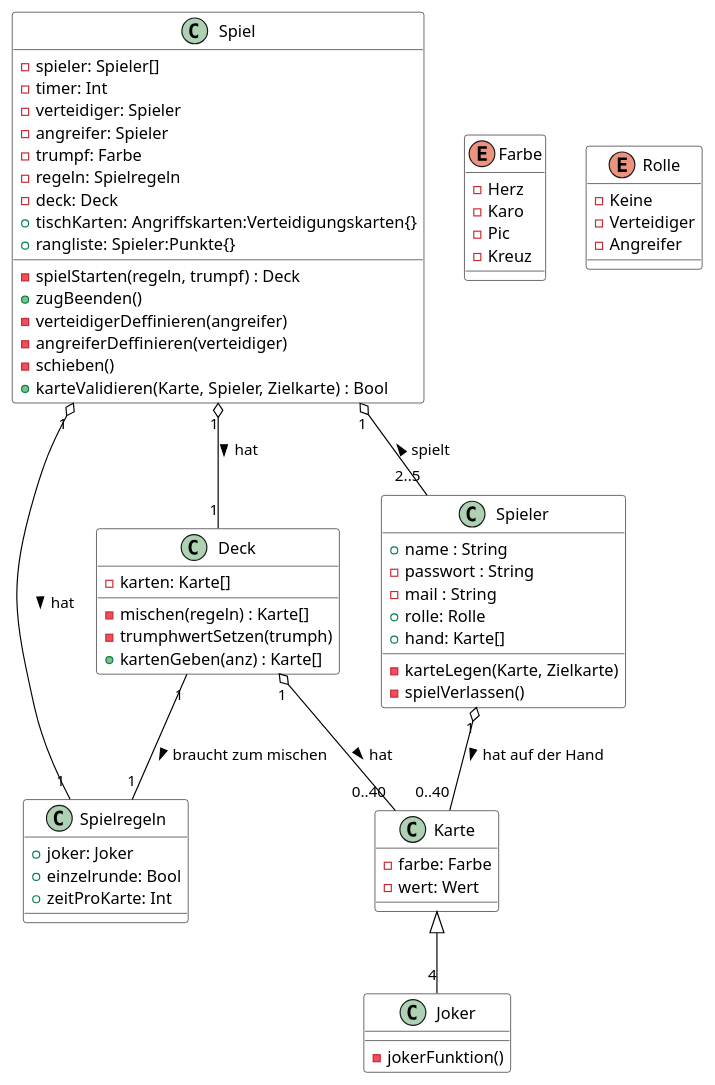
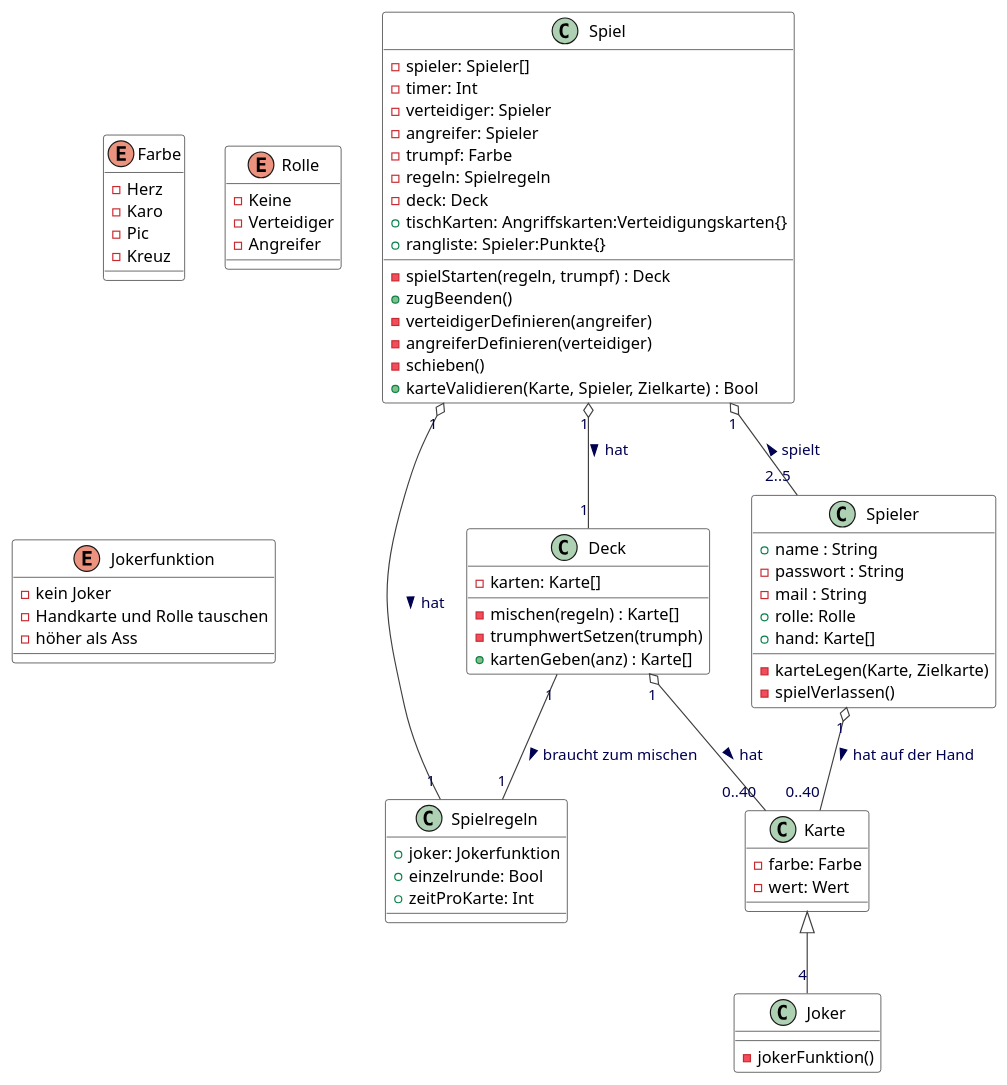
The diagram in Klassendiagramm/Klassendiagramm_Spiel.puml (DerLurchi/Durak), drawn with PlantUML before and after one commit. The commit also changed 5 other files, not shown here.

```diff
--- a/Klassendiagramm/Klassendiagramm_Spiel.puml
+++ b/Klassendiagramm/Klassendiagramm_Spiel.puml
@@ -1,96 +1,104 @@
 @startuml Durak Spiel
 
 skinparam{
     ClassBackgroundColor white
     ClassBorderColor black
 
     'ClassAttributeIconSize 0
 
-    ArrowColor black
+    ArrowColor #404040
+    ArrowFontColor #000050
 
     Shadowing false
 
 }
 
 class Spiel {
     -spieler: Spieler[]
     -timer: Int
     -verteidiger: Spieler
     -angreifer: Spieler
     -trumpf: Farbe
     -regeln: Spielregeln
     -deck: Deck
     +tischKarten: Angriffskarten:Verteidigungskarten{}
     +rangliste: Spieler:Punkte{}
 
     -spielStarten(regeln, trumpf) : Deck
     + zugBeenden()
-    -verteidigerDeffinieren(angreifer)
-    -angreiferDeffinieren(verteidiger)
+    -verteidigerDefinieren(angreifer)
+    -angreiferDefinieren(verteidiger)
     -schieben()
     +karteValidieren(Karte, Spieler, Zielkarte) : Bool
 }
 
 class Spielregeln {
-    + joker: Joker
+    + joker: Jokerfunktion
     + einzelrunde: Bool
     + zeitProKarte: Int
 }
 
 class Spieler {
     +name : String
     -passwort : String
     -mail : String
     +rolle: Rolle
     +hand: Karte[]
 
     -karteLegen(Karte, Zielkarte)
     -spielVerlassen()
 }
 
 class Karte {
     -farbe: Farbe
     -wert: Wert
 }
 
 class Joker {
     -jokerFunktion()
 }
 
 class Deck {
     -karten: Karte[]
     
     -mischen(regeln) : Karte[]
     -trumphwertSetzen(trumph)
     +kartenGeben(anz) : Karte[]
 }
 
 enum Farbe {
     - Herz 
     - Karo 
     - Pic 
     - Kreuz
 }
 
 enum Rolle {
     - Keine  
     - Verteidiger
     - Angreifer
 }
 
+enum Jokerfunktion {
+    -kein Joker
+    -Handkarte und Rolle tauschen
+    -höher als Ass
+}
+
+
 Spiel "1" o-- "2..5" Spieler : spielt <
 
 Spiel "1" o-- "1" Deck : hat >
 
 Deck "1" o-- "0..40" Karte : hat >
 
 Karte <|-- "4" Joker 
 
 Spieler "1" o-- "0..40" Karte : hat auf der Hand >
 
 Spiel "1" o-- "1" Spielregeln : hat >
 
 Deck "1" -- "1" Spielregeln : braucht zum mischen >
 
 
 @enduml
```
